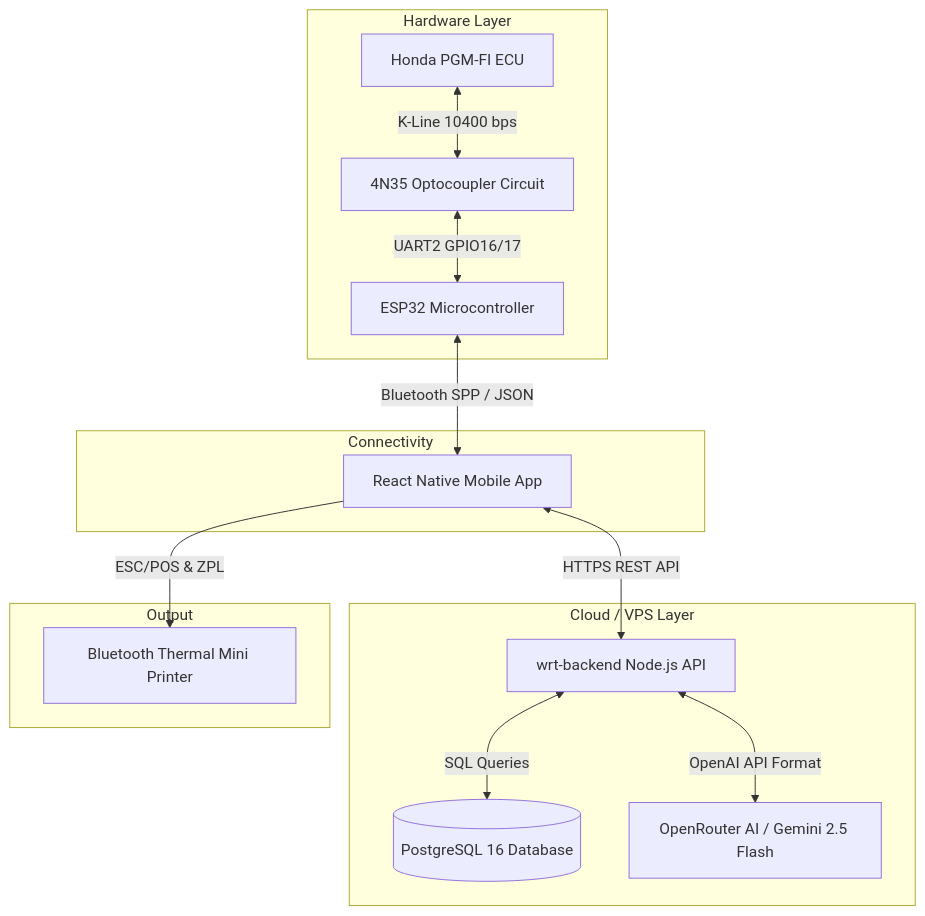
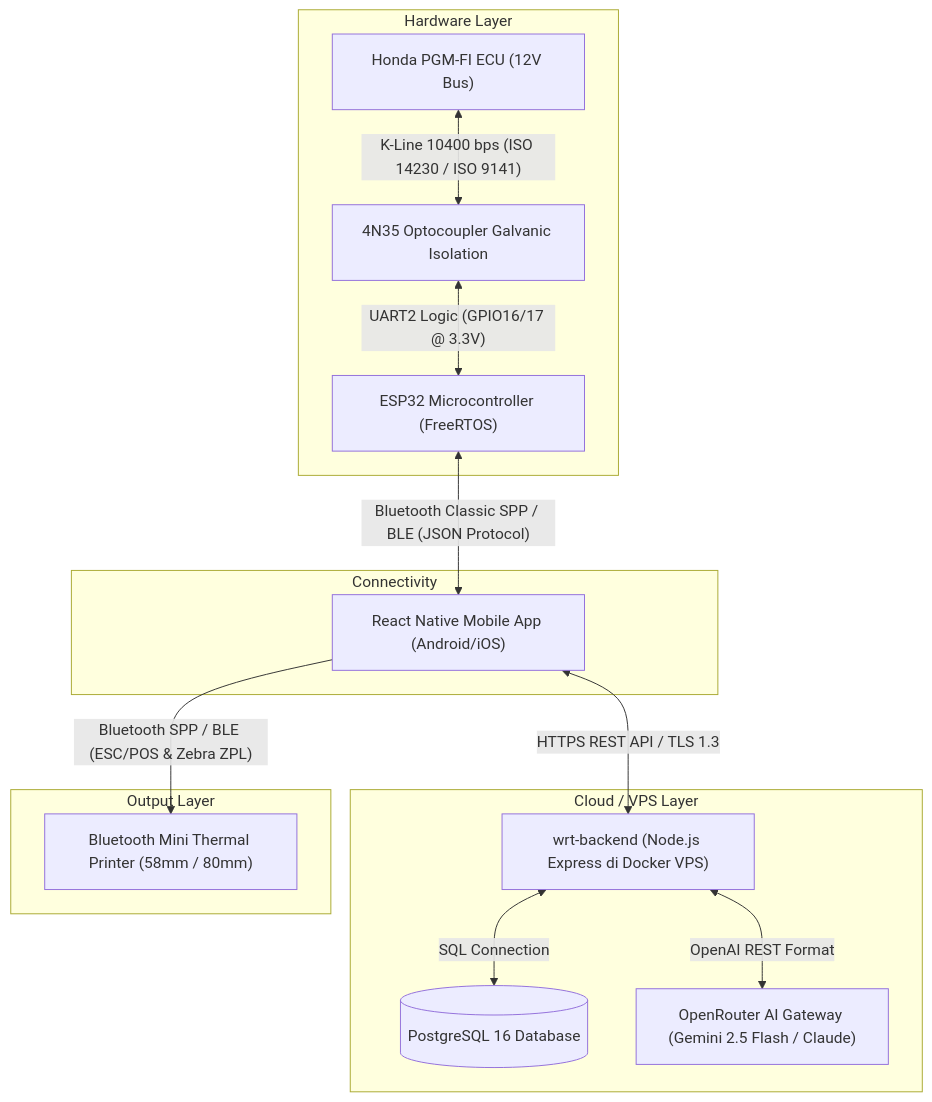
One commit to abyryn/AMQC-WRT-Diagnosis changed the diagram in README.md. Above: the diagram before and after it, drawn with Mermaid. The commit also changed other lines of this file, not shown here.

````diff
--- a/README.md
+++ b/README.md
@@ -21,21 +279,21 @@
 ```mermaid
 graph TD
     subgraph Hardware Layer
-        ECU[Honda PGM-FI ECU] <-->|K-Line 10400 bps| OPTO[4N35 Optocoupler Circuit]
-        OPTO <-->|UART2 GPIO16/17| ESP32[ESP32 Microcontroller]
+        ECU["Honda PGM-FI ECU (12V Bus)"] <-->|"K-Line 10400 bps (ISO 14230 / ISO 9141)"| OPTO["4N35 Optocoupler Galvanic Isolation"]
+        OPTO <-->|"UART2 Logic (GPIO16/17 @ 3.3V)"| ESP32["ESP32 Microcontroller (FreeRTOS)"]
     end
 
     subgraph Connectivity
-        ESP32 <-->|Bluetooth SPP / JSON| App[React Native Mobile App]
+        ESP32 <-->|"Bluetooth Classic SPP / BLE (JSON Protocol)"| App["React Native Mobile App (Android/iOS)"]
     end
 
     subgraph Cloud / VPS Layer
-        App <-->|HTTPS REST API| Backend[wrt-backend Node.js API]
-        Backend <-->|SQL Queries| DB[(PostgreSQL 16 Database)]
-        Backend <-->|OpenAI API Format| OpenRouter[OpenRouter AI / Gemini 2.5 Flash]
+        App <-->|"HTTPS REST API / TLS 1.3"| Backend["wrt-backend (Node.js Express di Docker VPS)"]
+        Backend <-->|"SQL Connection"| DB[("PostgreSQL 16 Database")]
+        Backend <-->|"OpenAI REST Format"| OpenRouter["OpenRouter AI Gateway (Gemini 2.5 Flash / Claude)"]
     end
 
-    subgraph Output
-        App -->|ESC/POS & ZPL| Thermal[Bluetooth Thermal Mini Printer]
+    subgraph Output Layer
+        App -->|"Bluetooth SPP / BLE (ESC/POS & Zebra ZPL)"| Thermal["Bluetooth Mini Thermal Printer (58mm / 80mm)"]
     end
 ```
````
